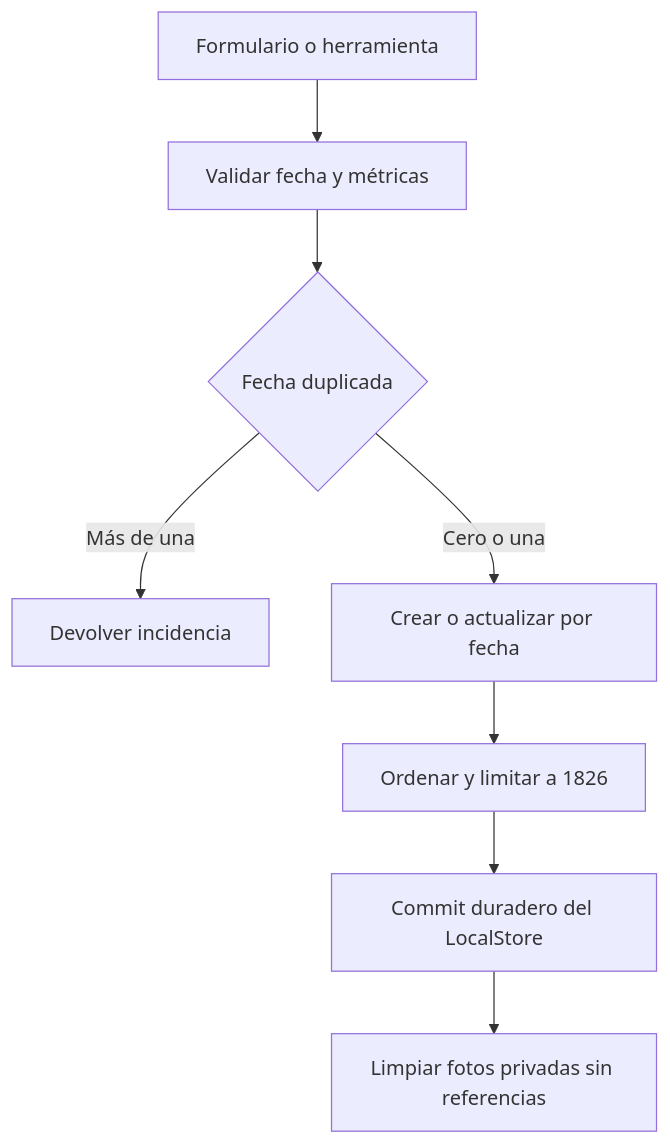
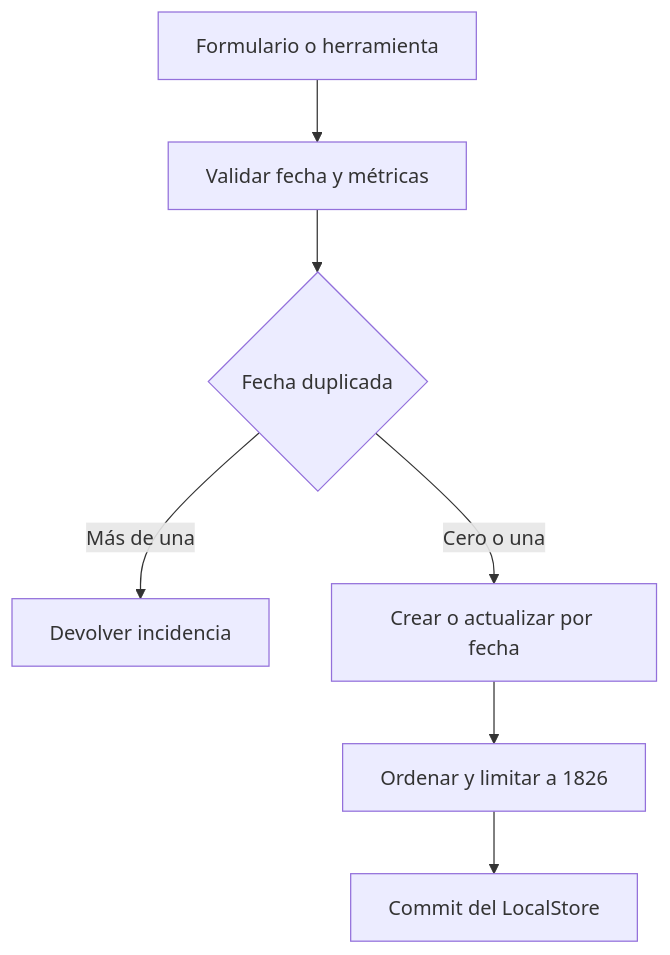
Before and after one commit to maximofn/gymnasia: the first of 2 diagrams in openwiki/mobile/measurements.md, drawn with Mermaid. The commit also changed other lines of this file and 50 other files, not shown here.

````diff
--- a/openwiki/mobile/measurements.md
+++ b/openwiki/mobile/measurements.md
@@ -54,10 +53,9 @@
 ```mermaid
 flowchart TD
     Input["Formulario o herramienta"] --> Validate["Validar fecha y métricas"]
     Validate --> Conflict{"Fecha duplicada"}
     Conflict -->|"Más de una"| Reject["Devolver incidencia"]
     Conflict -->|"Cero o una"| Mutate["Crear o actualizar por fecha"]
     Mutate --> Limit["Ordenar y limitar a 1826"]
-    Limit --> Commit["Commit duradero del LocalStore"]
-    Commit --> Cleanup["Limpiar fotos privadas sin referencias"]
+    Limit --> Commit["Commit del LocalStore"]
 ```
````
